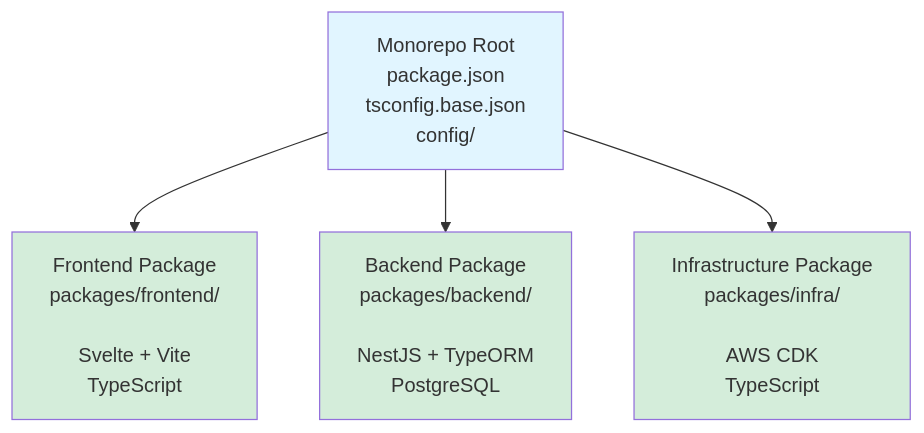
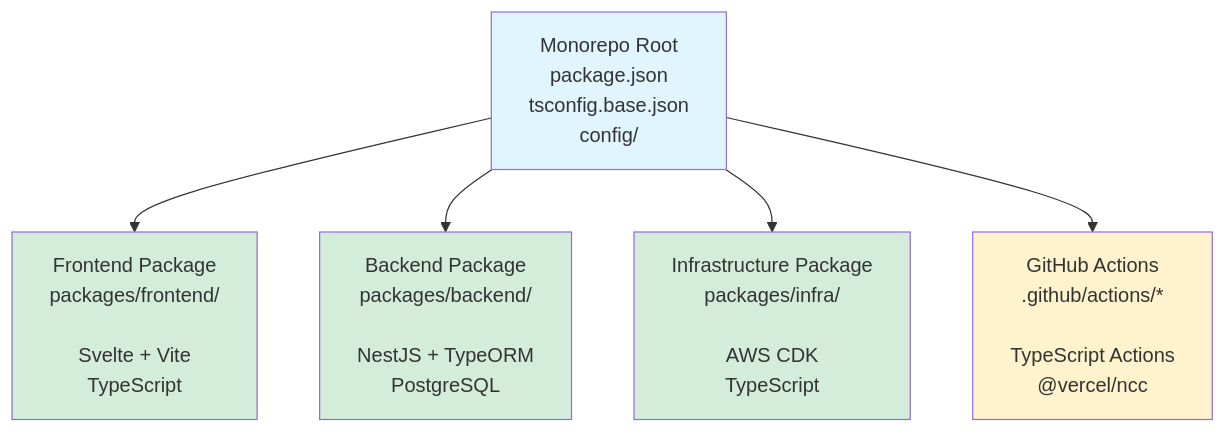
One commit to kimseungbin/trip-settle changed the first of 2 diagrams in README.md. Above: the diagram before and after it, drawn with Mermaid. The commit also changed other lines of this file and 1 other file, not shown here.

First line of the commit message:
docs: Document TypeScript GitHub Actions in monorepo workspace

````diff
--- a/README.md
+++ b/README.md
@@ -34,13 +34,15 @@
 ```mermaid
 graph TB
     Root["Monorepo Root<br/>package.json<br/>tsconfig.base.json<br/>config/"]
 
     Root --> Frontend["Frontend Package<br/>packages/frontend/<br/><br/>Svelte + Vite<br/>TypeScript"]
     Root --> Backend["Backend Package<br/>packages/backend/<br/><br/>NestJS + TypeORM<br/>PostgreSQL"]
     Root --> Infra["Infrastructure Package<br/>packages/infra/<br/><br/>AWS CDK<br/>TypeScript"]
+    Root --> Actions["GitHub Actions<br/>.github/actions/*<br/><br/>TypeScript Actions<br/>@vercel/ncc"]
 
     style Root fill:#e1f5ff
     style Frontend fill:#d4edda
     style Backend fill:#d4edda
     style Infra fill:#d4edda
+    style Actions fill:#fff3cd
 ```
````
